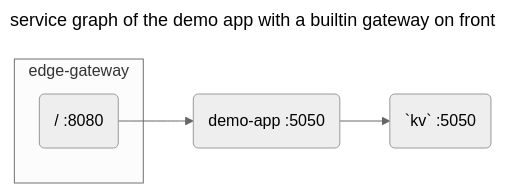
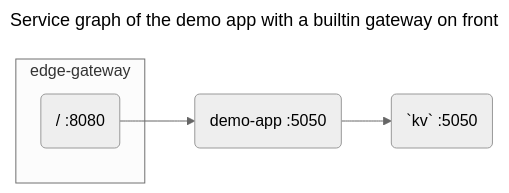
Before and after one commit to kumahq/kuma-website: the diagram in app/_src/guides/gateway-builtin-kv.md, drawn with Mermaid (neutral theme). The commit also changed other lines of this file and 4 other files, not shown here.

```diff
--- a/app/_src/guides/gateway-builtin-kv.md
+++ b/app/_src/guides/gateway-builtin-kv.md
@@ -13,13 +13,13 @@
 {% mermaid %}
 ---
-title: service graph of the demo app with a builtin gateway on front
+title: Service graph of the demo app with a builtin gateway on front
 ---
 flowchart LR
   subgraph edge-gateway
     gw0(/ :8080)
   end
   demo-app(demo-app :5050)
   kv(`kv` :5050)
   gw0 --> demo-app 
   demo-app --> kv
 {% endmermaid %}
```
